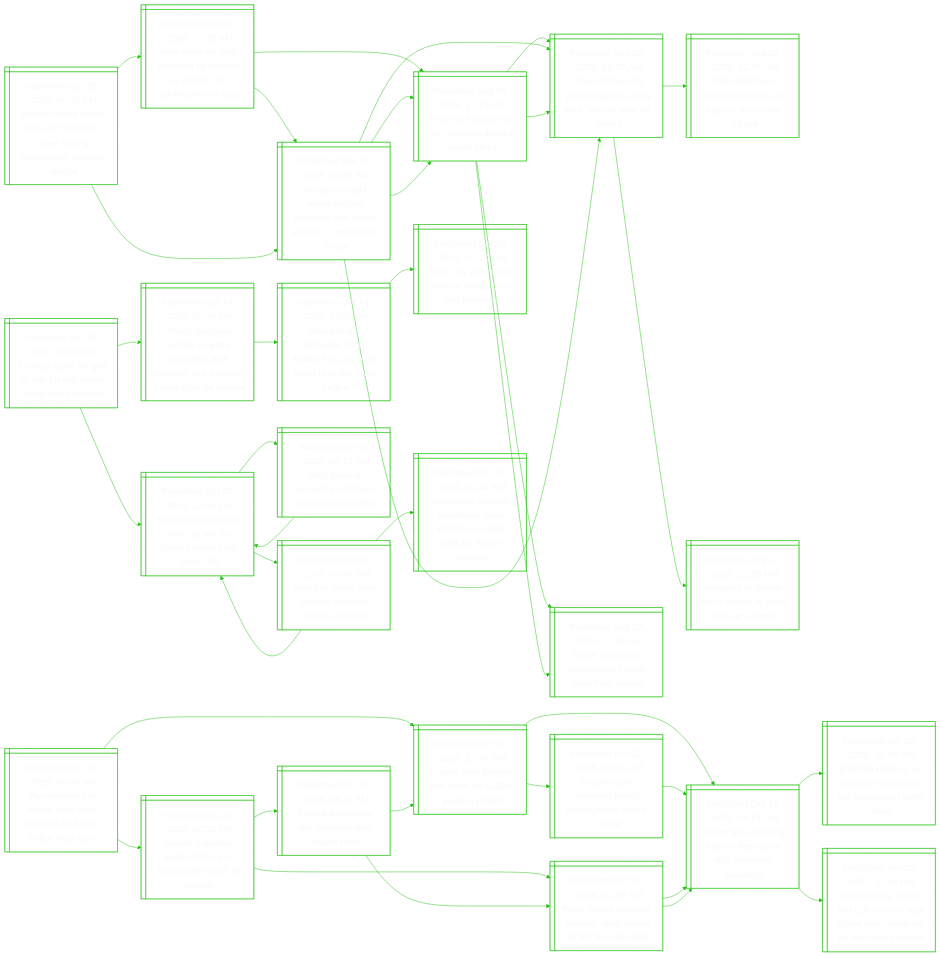
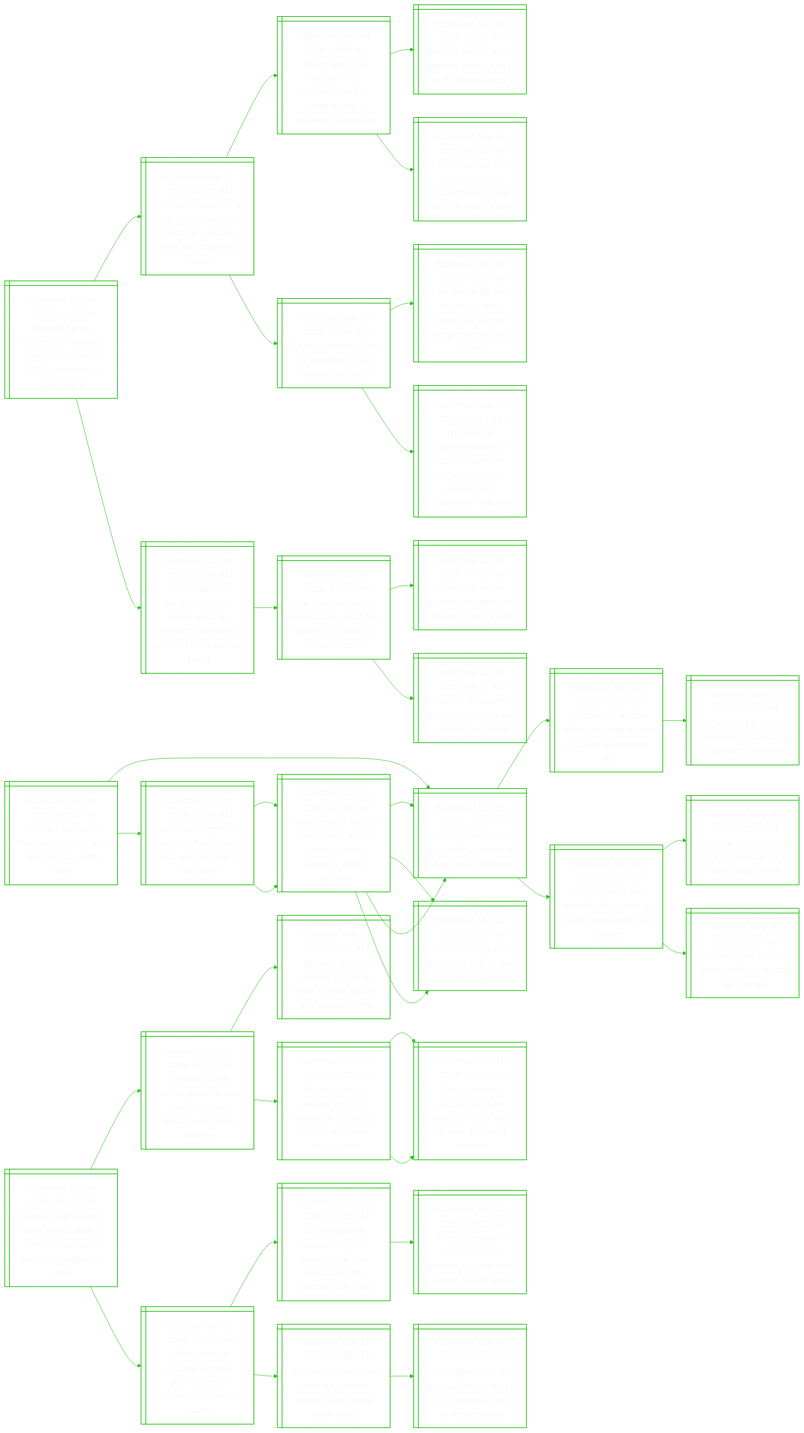
Before and after one commit to notJmes/notJmes: the diagram in README.md, drawn with Mermaid. The commit also changed other lines of this file, not shown here.

````diff
--- a/README.md
+++ b/README.md
@@ -16,124 +16,118 @@
 flowchart LR
 classDef txtsize font-size:20px;
 
-Yrssetvrpaasiu@{ shape: win-pane, label: "_Published Oct 26, 2025, 06:45 PM_
-Yemen rebels arrest three un staff over israel spying accusation: security source" }
-NosdnHieNesy@{ shape: win-pane, label: "_Published Oct 07, 2025, 10:32 AM_
-Nine more un staff detained by houthis in yemen, un spokesperson says" }
-YshynrlIli@{ shape: win-pane, label: "_Published Aug 30, 2025, 11:13 PM_
-Yemen’s houthis say pm, ministers killed in israeli strike" }
-Ilinniaiuee@{ shape: win-pane, label: "_Published Aug 25, 2025, 04:32 AM_
-Israeli strikes on yemeni capital sanaa kill 6, wound over 80 others" }
-Ilsnemlemn@{ shape: win-pane, label: "_Published Aug 27, 2025, 11:28 AM_
-Israel army says intercepted missile fired from yemen" }
-Ysheirednaria@{ shape: win-pane, label: "_Published Sep 01, 2025, 04:08 AM_
-Yemen’s houthi rebels raid un premises and detain at least 11 workers in sanaa" }
-YshynrlIli@{ shape: win-pane, label: "_Published Aug 30, 2025, 11:13 PM_
-Yemen’s houthis say pm, ministers killed in israeli strike" }
-Ilinniaiuee@{ shape: win-pane, label: "_Published Aug 25, 2025, 04:32 AM_
-Israeli strikes on yemeni capital sanaa kill 6, wound over 80 others" }
-Ysheirednaria@{ shape: win-pane, label: "_Published Sep 01, 2025, 04:08 AM_
-Yemen’s houthi rebels raid un premises and detain at least 11 workers in sanaa" }
-YshynrlIli@{ shape: win-pane, label: "_Published Aug 30, 2025, 11:13 PM_
-Yemen’s houthis say pm, ministers killed in israeli strike" }
-Ilinniaiuee@{ shape: win-pane, label: "_Published Aug 25, 2025, 04:32 AM_
-Israeli strikes on yemeni capital sanaa kill 6, wound over 80 others" }
-Ilsnemlemn@{ shape: win-pane, label: "_Published Aug 27, 2025, 11:28 AM_
-Israel army says intercepted missile fired from yemen" }
-Ilinniaiuee@{ shape: win-pane, label: "_Published Aug 25, 2025, 04:32 AM_
-Israeli strikes on yemeni capital sanaa kill 6, wound over 80 others" }
-IllronseWal@{ shape: win-pane, label: "_Published Aug 25, 2025, 12:35 AM_
-Israeli bulldozers uproot hundreds of trees in west bank village" }
-MsdeiGaA@{ shape: win-pane, label: "_Published Aug 24, 2025, 11:50 PM_
-Malaysia to donate $30.6 million to gaza, says pm anwar" }
+Kaiiiweoiriimn@{ shape: win-pane, label: "_Published Oct 26, 2025, 11:00 PM_
+Kamala harris, california’s newsom begin jockeying for 2028 presidential campaigns" }
+TocalEoaipvngs@{ shape: win-pane, label: "_Published Nov 07, 2024, 12:05 AM_
+Trump on track for a triple win: electoral landslide, popular vote and congress sweep" }
+TsbchioUdetne@{ shape: win-pane, label: "_Published Nov 06, 2024, 07:37 AM_
+Trump set to be elected 47th president of the united states in stunning comeback" }
+Hrtoessmemt@{ shape: win-pane, label: "_Published Nov 06, 2024, 03:17 PM_
+‘historic return’: world leaders praise trump as he claims victory" }
+PgfctteetiuT@{ shape: win-pane, label: "_Published Nov 06, 2024, 08:59 PM_
+Pm wong reaffirms commitment to strengthening ties with us under trump" }
+Tbesrebede@{ shape: win-pane, label: "_Published Jan 14, 2021, 03:26 AM_
+Trump becomes first us president to be impeached twice" }
+peapubmalrest@{ shape: win-pane, label: "_Published Jan 07, 2021, 03:22 AM_
+4 people dead after pro-trump mob storms us capitol; congress resumes debate" }
+Rlrstinticmeaesi@{ shape: win-pane, label: "_Published Jan 14, 2021, 06:14 AM_
+Republican representative liz cheney votes to impeach trump, rejects party members' criticism" }
+IbhahrnrccidraHs@{ shape: win-pane, label: "_Published Jul 22, 2024, 01:59 AM_
+‘it has been the greatest honour’: biden ends re-election campaign and endorses kamala harris" }
+WaHscwbaUtfsi@{ shape: win-pane, label: "_Published Jul 21, 2024, 10:29 PM_
+With kamala harris, democrats would bet against us history of sexism, racism" }
+Seocesnned@{ shape: win-pane, label: "_Published Jul 18, 2024, 07:39 AM_
+Schumer, pelosi increase pressure on biden to step aside" }
+Btpirdemnc@{ shape: win-pane, label: "_Published Jul 18, 2024, 06:27 AM_
+Biden tests positive for covid-19, cancels campaign speech" }
 
-Yrssetvrpaasiu:::txtsize --> NosdnHieNesy:::txtsize
-NosdnHieNesy:::txtsize --> YshynrlIli:::txtsize
-YshynrlIli:::txtsize --> Ilinniaiuee:::txtsize
-YshynrlIli:::txtsize --> Ilsnemlemn:::txtsize
-NosdnHieNesy:::txtsize --> Ysheirednaria:::txtsize
-Ysheirednaria:::txtsize --> YshynrlIli:::txtsize
-Ysheirednaria:::txtsize --> Ilinniaiuee:::txtsize
-Yrssetvrpaasiu:::txtsize --> Ysheirednaria:::txtsize
-Ysheirednaria:::txtsize --> YshynrlIli:::txtsize
-YshynrlIli:::txtsize --> Ilinniaiuee:::txtsize
-YshynrlIli:::txtsize --> Ilsnemlemn:::txtsize
-Ysheirednaria:::txtsize --> Ilinniaiuee:::txtsize
-Ilinniaiuee:::txtsize --> IllronseWal:::txtsize
-Ilinniaiuee:::txtsize --> MsdeiGaA:::txtsize
+Kaiiiweoiriimn:::txtsize --> TocalEoaipvngs:::txtsize
+TocalEoaipvngs:::txtsize --> TsbchioUdetne:::txtsize
+TsbchioUdetne:::txtsize --> Hrtoessmemt:::txtsize
+TsbchioUdetne:::txtsize --> PgfctteetiuT:::txtsize
+TocalEoaipvngs:::txtsize --> Tbesrebede:::txtsize
+Tbesrebede:::txtsize --> peapubmalrest:::txtsize
+Tbesrebede:::txtsize --> Rlrstinticmeaesi:::txtsize
+Kaiiiweoiriimn:::txtsize --> IbhahrnrccidraHs:::txtsize
+IbhahrnrccidraHs:::txtsize --> WaHscwbaUtfsi:::txtsize
+WaHscwbaUtfsi:::txtsize --> Seocesnned:::txtsize
+WaHscwbaUtfsi:::txtsize --> Btpirdemnc:::txtsize
 
-Tssueardeona@{ shape: win-pane, label: "_Published Oct 26, 2025, 05:45 PM_
-Two suspects in louvre heist case arrested by french police near paris" }
-LefeVfeei@{ shape: win-pane, label: "_Published Oct 23, 2025, 12:47 AM_
-Louvre chief blames cctv gaps for $130m jewellery heist" }
-Ptineluiisey@{ shape: win-pane, label: "_Published Oct 19, 2025, 05:51 PM_
-Power tool-wielding thieves flee louvre with ‘priceless’ jewellery" }
-GpboiPoidaes@{ shape: win-pane, label: "_Published Apr 28, 2025, 01:06 PM_
-‘grandpa robbers’ go on trial in paris over kim kardashian jewel heist" }
-Gpssofemmnsrt@{ shape: win-pane, label: "_Published Jun 02, 2025, 11:15 PM_
-Greenpeace steals $59,000 macron wax figure from museum for anti-russia protest" }
-LesuFhnlib@{ shape: win-pane, label: "_Published Oct 22, 2025, 09:30 AM_
-Louvre tours featuring french crown jewels now in doubt" }
-Ptineluiisey@{ shape: win-pane, label: "_Published Oct 19, 2025, 05:51 PM_
-Power tool-wielding thieves flee louvre with ‘priceless’ jewellery" }
-LesjsnrahRp@{ shape: win-pane, label: "_Published Oct 25, 2025, 07:20 PM_
-Louvre transfers jewels to bank of france after heist, rtl reports" }
-PLeubhwitea@{ shape: win-pane, label: "_Published Oct 20, 2025, 02:36 AM_
-Paris’ louvre museum robbery: what jewels did the thieves steal?" }
-Ptineluiisey@{ shape: win-pane, label: "_Published Oct 19, 2025, 05:51 PM_
-Power tool-wielding thieves flee louvre with ‘priceless’ jewellery" }
-Ptineluiisey@{ shape: win-pane, label: "_Published Oct 19, 2025, 05:51 PM_
-Power tool-wielding thieves flee louvre with ‘priceless’ jewellery" }
-FeiDmaLet@{ shape: win-pane, label: "_Published Oct 24, 2025, 08:11 AM_
-France examining dna samples after louvre heist" }
-PLeubhwitea@{ shape: win-pane, label: "_Published Oct 20, 2025, 02:36 AM_
-Paris’ louvre museum robbery: what jewels did the thieves steal?" }
-LefeVfeei@{ shape: win-pane, label: "_Published Oct 23, 2025, 12:47 AM_
-Louvre chief blames cctv gaps for $130m jewellery heist" }
+Tsruitaopci@{ shape: win-pane, label: "_Published Oct 26, 2025, 10:32 PM_
+Trump’s ballroom fundraising taps cash from crypto, tech allies" }
+Thdreyrhoao@{ shape: win-pane, label: "_Published Oct 16, 2025, 12:50 PM_
+Trump hosts dinner for wealthy donors to white house ballroom" }
+Ybalolmousu@{ shape: win-pane, label: "_Published Sep 30, 2025, 07:26 AM_
+Youtube to pay $28 million to settle trump account suspension suit" }
+Hrrreizsoop@{ shape: win-pane, label: "_Published Sep 20, 2025, 09:20 AM_
+Harvard’s former president criticizes its approach to trump" }
+TttCosneetsd@{ shape: win-pane, label: "_Published Sep 04, 2025, 10:43 AM_
+Trump to host tech ceos for first event in newly renovated rose garden" }
+Eeoigraceme@{ shape: win-pane, label: "_Published Aug 26, 2025, 07:50 PM_
+Eu asserts ‘sovereign right’ to regulate tech after trump threat" }
+Tvxctfilea@{ shape: win-pane, label: "_Published Aug 26, 2025, 10:22 AM_
+Trump vows export curbs, tariffs in digital tax reprisal" }
+DibsrhoanTbo@{ shape: win-pane, label: "_Published Oct 21, 2025, 06:35 AM_
+Demolition begins on part of white house east wing for trump ballroom" }
+Tstliahstrobd@{ shape: win-pane, label: "_Published Oct 18, 2025, 03:45 PM_
+Trump seeks to build a triumphal arch in washington for nation’s 250th birthday" }
+Thdreyrhoao@{ shape: win-pane, label: "_Published Oct 16, 2025, 12:50 PM_
+Trump hosts dinner for wealthy donors to white house ballroom" }
+Tbsliltaikr@{ shape: win-pane, label: "_Published Mar 21, 2025, 02:32 AM_
+Trump brings the bling with gold-plated oval office makeover" }
+Tstliahstrobd@{ shape: win-pane, label: "_Published Oct 18, 2025, 03:45 PM_
+Trump seeks to build a triumphal arch in washington for nation’s 250th birthday" }
+Thdreyrhoao@{ shape: win-pane, label: "_Published Oct 16, 2025, 12:50 PM_
+Trump hosts dinner for wealthy donors to white house ballroom" }
+Tbsliltaikr@{ shape: win-pane, label: "_Published Mar 21, 2025, 02:32 AM_
+Trump brings the bling with gold-plated oval office makeover" }
 
-Tssueardeona:::txtsize --> LefeVfeei:::txtsize
-LefeVfeei:::txtsize --> Ptineluiisey:::txtsize
-Ptineluiisey:::txtsize --> GpboiPoidaes:::txtsize
-Ptineluiisey:::txtsize --> Gpssofemmnsrt:::txtsize
-LefeVfeei:::txtsize --> LesuFhnlib:::txtsize
-LesuFhnlib:::txtsize --> Ptineluiisey:::txtsize
-Tssueardeona:::txtsize --> LesjsnrahRp:::txtsize
-LesjsnrahRp:::txtsize --> PLeubhwitea:::txtsize
-PLeubhwitea:::txtsize --> Ptineluiisey:::txtsize
-PLeubhwitea:::txtsize --> Ptineluiisey:::txtsize
-LesjsnrahRp:::txtsize --> FeiDmaLet:::txtsize
-FeiDmaLet:::txtsize --> PLeubhwitea:::txtsize
-FeiDmaLet:::txtsize --> LefeVfeei:::txtsize
+Tsruitaopci:::txtsize --> Thdreyrhoao:::txtsize
+Thdreyrhoao:::txtsize --> Ybalolmousu:::txtsize
+Ybalolmousu:::txtsize --> Hrrreizsoop:::txtsize
+Thdreyrhoao:::txtsize --> TttCosneetsd:::txtsize
+TttCosneetsd:::txtsize --> Eeoigraceme:::txtsize
+TttCosneetsd:::txtsize --> Tvxctfilea:::txtsize
+Tsruitaopci:::txtsize --> DibsrhoanTbo:::txtsize
+DibsrhoanTbo:::txtsize --> Tstliahstrobd:::txtsize
+Tstliahstrobd:::txtsize --> Thdreyrhoao:::txtsize
+Tstliahstrobd:::txtsize --> Tbsliltaikr:::txtsize
+DibsrhoanTbo:::txtsize --> Tstliahstrobd:::txtsize
+Tstliahstrobd:::txtsize --> Thdreyrhoao:::txtsize
+Tstliahstrobd:::txtsize --> Tbsliltaikr:::txtsize
 
-TsflarlGaus@{ shape: win-pane, label: "_Published Oct 26, 2025, 05:26 PM_
-Trump’s push for gulf to pay for rebuilding gaza faces hurdles" }
-Tdrcaaededlncbs@{ shape: win-pane, label: "_Published Oct 14, 2025, 07:45 PM_
-Trump declares victory as gaza ceasefire deal reached, but a lasting peace may be elusive" }
-PflcoMeNelale@{ shape: win-pane, label: "_Published Oct 14, 2025, 12:05 AM_
-Peace finally descends on the middle east: now the battle to make it last begins" }
-TjIlmnest@{ shape: win-pane, label: "_Published Oct 13, 2025, 03:10 PM_
-Tears, joy in israel as hamas hands over first hostages" }
-NyeeawHakl@{ shape: win-pane, label: "_Published Oct 07, 2023, 12:04 PM_
-Netanyahu declares israel at war as hamas attacks kill over 100" }
-WzptIleint@{ shape: win-pane, label: "_Published Oct 07, 2023, 05:15 PM_
-Why gaza is epicentre of israeli-palestinian conflict" }
-NyeeawHakl@{ shape: win-pane, label: "_Published Oct 07, 2023, 12:04 PM_
-Netanyahu declares israel at war as hamas attacks kill over 100" }
-Wiceapaks@{ shape: win-pane, label: "_Published Oct 07, 2023, 06:44 PM_
-World in shock after hamas surprise attacks on israel" }
-NyeeawHakl@{ shape: win-pane, label: "_Published Oct 07, 2023, 12:04 PM_
-Netanyahu declares israel at war as hamas attacks kill over 100" }
-SptldtrcIlsnic@{ shape: win-pane, label: "_Published Oct 07, 2023, 10:24 PM_
-Singapore strongly condemns terror attacks on israel, calls for end to violence" }
+Bsarcetfgeostei@{ shape: win-pane, label: "_Published Oct 26, 2025, 09:30 PM_
+British royal andrew faces speculation of being forced out of mansion, stripped of titles" }
+Vnumroeieryin@{ shape: win-pane, label: "_Published Oct 21, 2025, 06:12 PM_
+Virginia giuffre memoir goes on sale, heaping fresh scrutiny on prince andrew" }
+Biinastiifeal@{ shape: win-pane, label: "_Published Feb 16, 2022, 12:22 AM_
+Britain's prince andrew agrees to settle virginia giuffre sex assault claim" }
+BiingunluYteaas@{ shape: win-pane, label: "_Published Oct 18, 2025, 03:26 AM_
+Britain’s prince andrew gives up using title of duke of york, still denies accusations" }
+Peeuaaaehatho@{ shape: win-pane, label: "_Published Oct 16, 2025, 06:12 PM_
+Prince andrew accuser says he acted as if sex with her was ‘birthright’: memoir" }
+Peeuaaaehatho@{ shape: win-pane, label: "_Published Oct 16, 2025, 06:12 PM_
+Prince andrew accuser says he acted as if sex with her was ‘birthright’: memoir" }
+Jetcriiebceiy@{ shape: win-pane, label: "_Published Apr 26, 2025, 12:15 PM_
+Jeffrey epstein accuser virginia giuffre dies by suicide, her family says" }
+Jetcriierctfulrh@{ shape: win-pane, label: "_Published Apr 02, 2025, 01:05 AM_
+Jeffrey epstein accuser virginia giuffre in serious condition after australia car crash" }
+PeeuJetcraeuu@{ shape: win-pane, label: "_Published Aug 10, 2021, 07:01 AM_
+Prince andrew is sued by jeffrey epstein accuser over alleged sexual abuse" }
+FrlEphrsssch@{ shape: win-pane, label: "_Published Mar 13, 2025, 02:31 AM_
+Former barclays ceo slept with jeffrey epstein’s assistant, court hears" }
+Jgeoksededsc@{ shape: win-pane, label: "_Published Mar 09, 2023, 08:29 AM_
+Jpmorgan sues ex-top banker jes staley for damages tied to epstein case" }
 
-TsflarlGaus:::txtsize --> Tdrcaaededlncbs:::txtsize
-Tdrcaaededlncbs:::txtsize --> PflcoMeNelale:::txtsize
-PflcoMeNelale:::txtsize --> TjIlmnest:::txtsize
-TsflarlGaus:::txtsize --> NyeeawHakl:::txtsize
-NyeeawHakl:::txtsize --> WzptIleint:::txtsize
-WzptIleint:::txtsize --> NyeeawHakl:::txtsize
-NyeeawHakl:::txtsize --> Wiceapaks:::txtsize
-Wiceapaks:::txtsize --> NyeeawHakl:::txtsize
-Wiceapaks:::txtsize --> SptldtrcIlsnic:::txtsize
+Bsarcetfgeostei:::txtsize --> Vnumroeieryin:::txtsize
+Vnumroeieryin:::txtsize --> Biinastiifeal:::txtsize
+Vnumroeieryin:::txtsize --> BiingunluYteaas:::txtsize
+BiingunluYteaas:::txtsize --> Peeuaaaehatho:::txtsize
+BiingunluYteaas:::txtsize --> Peeuaaaehatho:::txtsize
+Bsarcetfgeostei:::txtsize --> Jetcriiebceiy:::txtsize
+Jetcriiebceiy:::txtsize --> Jetcriierctfulrh:::txtsize
+Jetcriierctfulrh:::txtsize --> PeeuJetcraeuu:::txtsize
+Jetcriiebceiy:::txtsize --> FrlEphrsssch:::txtsize
+FrlEphrsssch:::txtsize --> Jgeoksededsc:::txtsize
 
 ```
````
